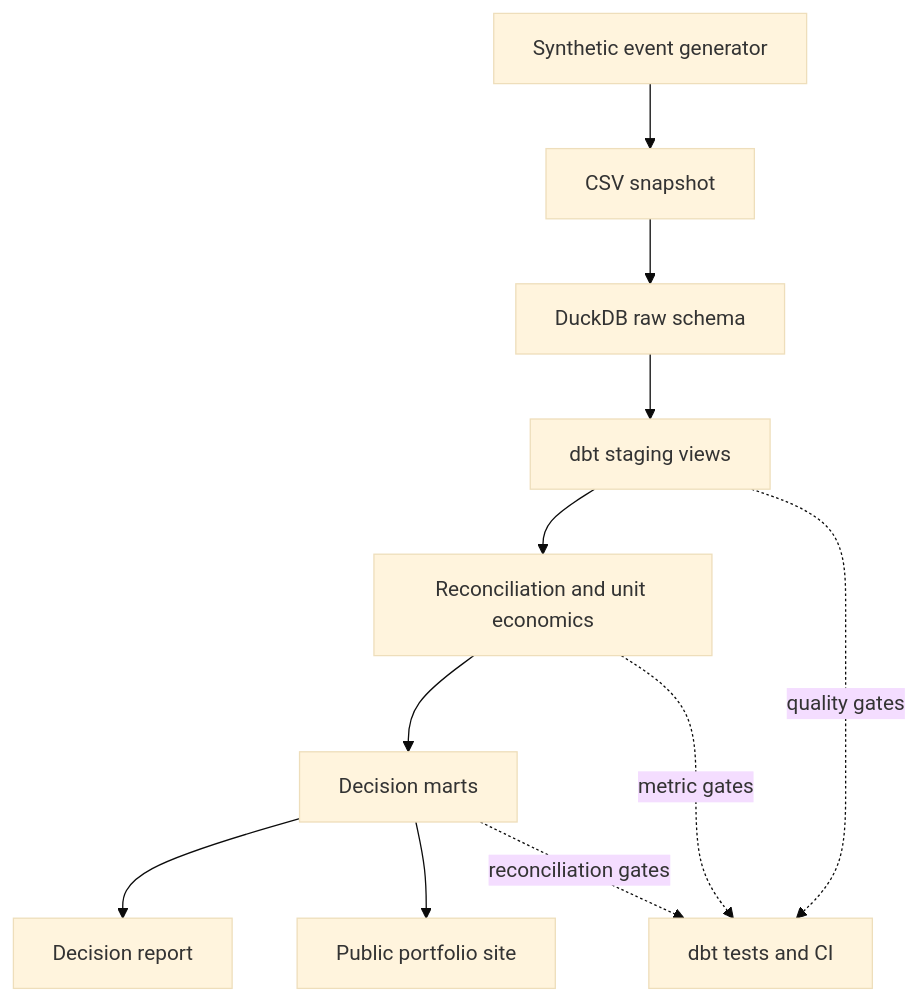
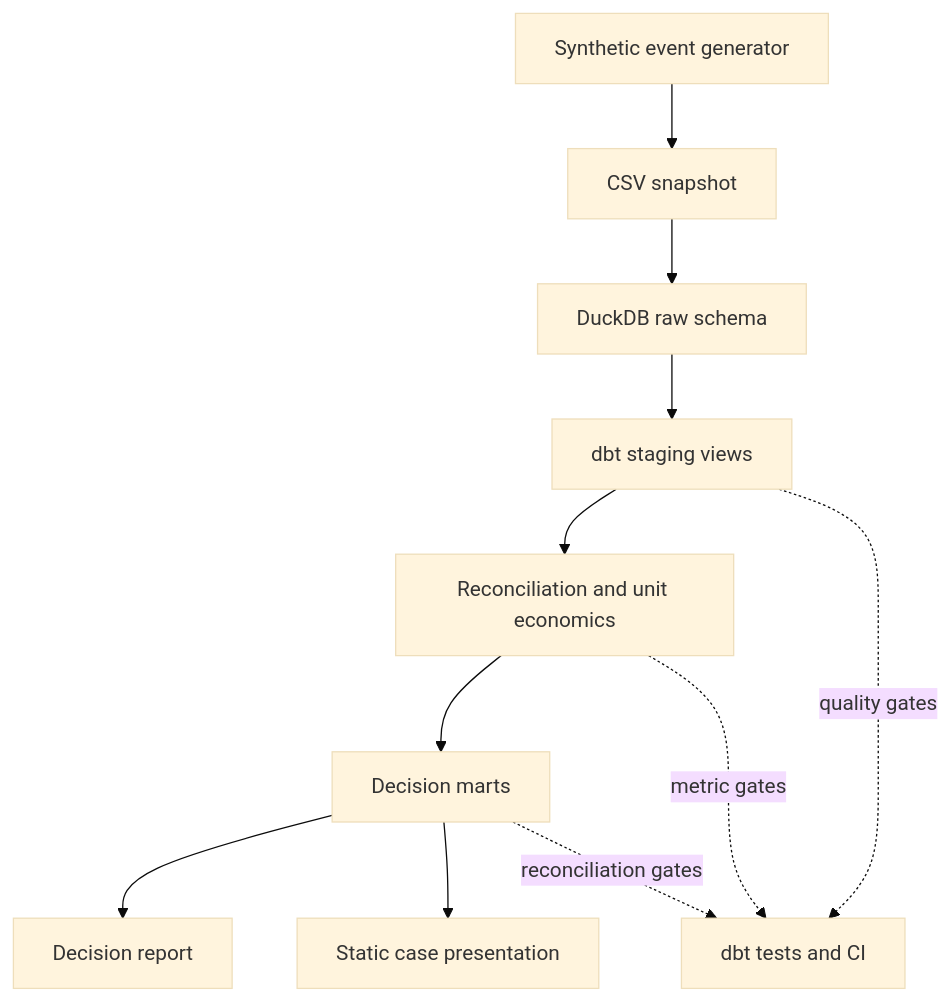
One commit to Victor-Garlet/fintech-analytics-decision-room changed the diagram in docs/architecture.md. Above: the diagram before and after it, drawn with Mermaid (base theme). The commit also changed other lines of this file and 38 other files, not shown here.

````diff
--- a/docs/architecture.md
+++ b/docs/architecture.md
@@ -9,13 +9,13 @@
 ```mermaid
 flowchart TD
     A["Synthetic event generator"] --> B["CSV snapshot"]
     B --> C["DuckDB raw schema"]
     C --> D["dbt staging views"]
     D --> E["Reconciliation and unit economics"]
     E --> F["Decision marts"]
     F --> G["Decision report"]
-    F --> H["Public portfolio site"]
+    F --> H["Static case presentation"]
     D -. quality gates .-> I["dbt tests and CI"]
     E -. metric gates .-> I
     F -. reconciliation gates .-> I
 ```
````
